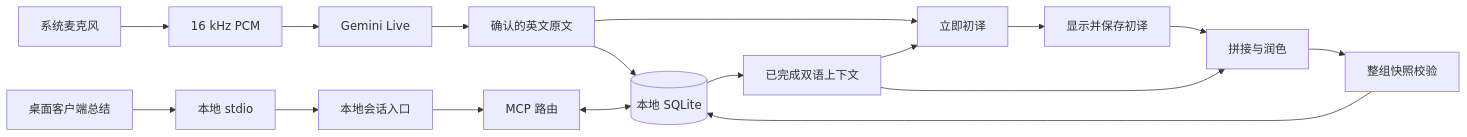
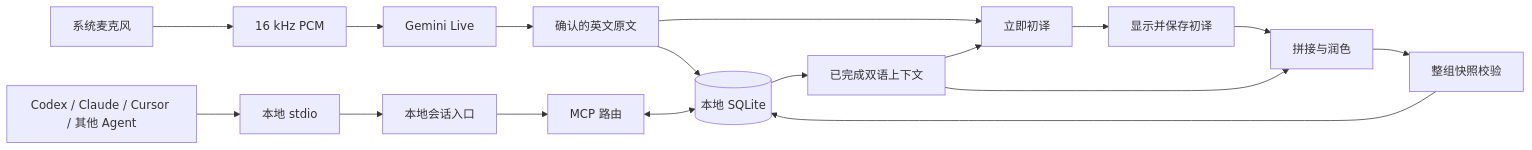
One commit to creep-crow/lectureflow changed the diagram in docs/ARCHITECTURE.md. Above: the diagram before and after it, drawn with Mermaid. The commit also changed other lines of this file and 24 other files, not shown here.

````diff
--- a/docs/ARCHITECTURE.md
+++ b/docs/ARCHITECTURE.md
@@ -3,19 +3,19 @@
 ```mermaid
 flowchart LR
   Mic[系统麦克风] --> PCM[16 kHz PCM]
   PCM --> Gemini[Gemini Live]
   Gemini --> English[确认的英文原文]
   English --> DB[(本地 SQLite)]
   English --> Initial[立即初译]
   DB --> Context[已完成双语上下文]
   Context --> Initial
   Initial --> UI[显示并保存初译]
   UI --> Edit[拼接与润色]
   Context --> Edit
   Edit --> CAS[整组快照校验]
   CAS --> DB
-  ChatGPT[桌面客户端总结] --> Stdio[本地 stdio]
+  Agent[Codex / Claude / Cursor / 其他 Agent] --> Stdio[本地 stdio]
   Stdio --> Local[本地会话入口]
   Local --> MCP[MCP 路由]
   MCP <--> DB
 ```
````
